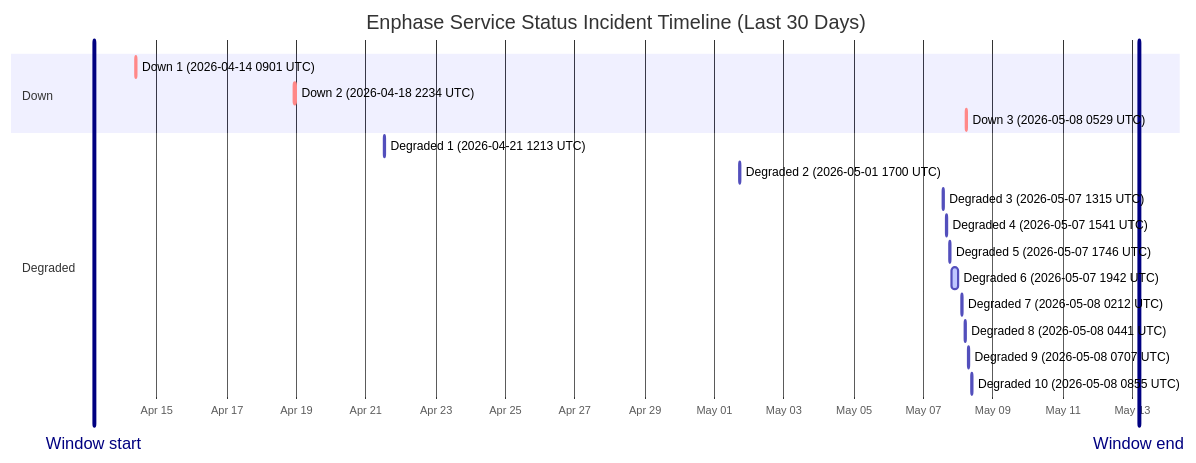
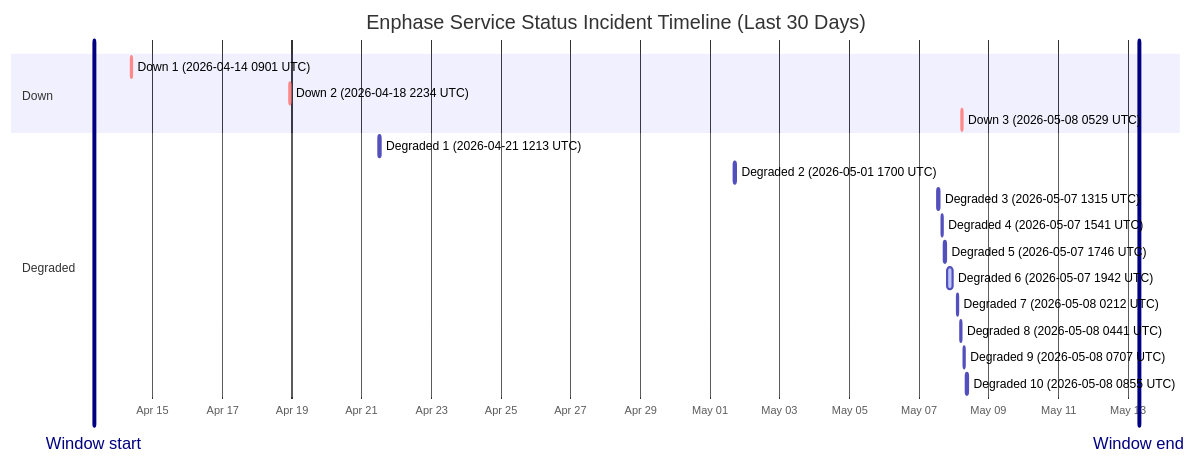
One commit to barneyonline/ha-enphase-ev-charger changed the diagram in wiki/Service-Status-History.md. Above: the diagram before and after it, drawn with Mermaid. The commit also changed other lines of this file and 3 other files, not shown here.

````diff
--- a/wiki/Service-Status-History.md
+++ b/wiki/Service-Status-History.md
@@ -14,23 +14,23 @@
 ```mermaid
 gantt
     title Enphase Service Status Incident Timeline (Last 30 Days)
     dateFormat  YYYY-MM-DDTHH:mm:ss
     axisFormat  %b %d
-    Window start :vert, window-start, 2026-04-13T04:28:29, 0ms
-    Window end :vert, window-end, 2026-05-13T04:28:29, 0ms
+    Window start :vert, window-start, 2026-04-13T07:37:50, 0ms
+    Window end :vert, window-end, 2026-05-13T07:37:50, 0ms
     section Down
     Down 1 (2026-04-14 0901 UTC) :crit, down-1, 2026-04-14T09:01:13, 60m
     Down 2 (2026-04-18 2234 UTC) :crit, down-2, 2026-04-18T22:34:13, 60m
     Down 3 (2026-05-08 0529 UTC) :crit, down-3, 2026-05-08T05:29:47, 60m
     section Degraded
     Degraded 1 (2026-04-21 1213 UTC) :active, degraded-1, 2026-04-21T12:13:11, 60m
     Degraded 2 (2026-05-01 1700 UTC) :active, degraded-2, 2026-05-01T17:00:22, 60m
     Degraded 3 (2026-05-07 1315 UTC) :active, degraded-3, 2026-05-07T13:15:25, 60m
     Degraded 4 (2026-05-07 1541 UTC) :active, degraded-4, 2026-05-07T15:41:58, 60m
     Degraded 5 (2026-05-07 1746 UTC) :active, degraded-5, 2026-05-07T17:46:51, 60m
     Degraded 6 (2026-05-07 1942 UTC) :active, degraded-6, 2026-05-07T19:42:10, 249m
     Degraded 7 (2026-05-08 0212 UTC) :active, degraded-7, 2026-05-08T02:12:39, 60m
     Degraded 8 (2026-05-08 0441 UTC) :active, degraded-8, 2026-05-08T04:41:46, 60m
     Degraded 9 (2026-05-08 0707 UTC) :active, degraded-9, 2026-05-08T07:07:30, 60m
     Degraded 10 (2026-05-08 0855 UTC) :active, degraded-10, 2026-05-08T08:55:20, 88m
 ```
````
